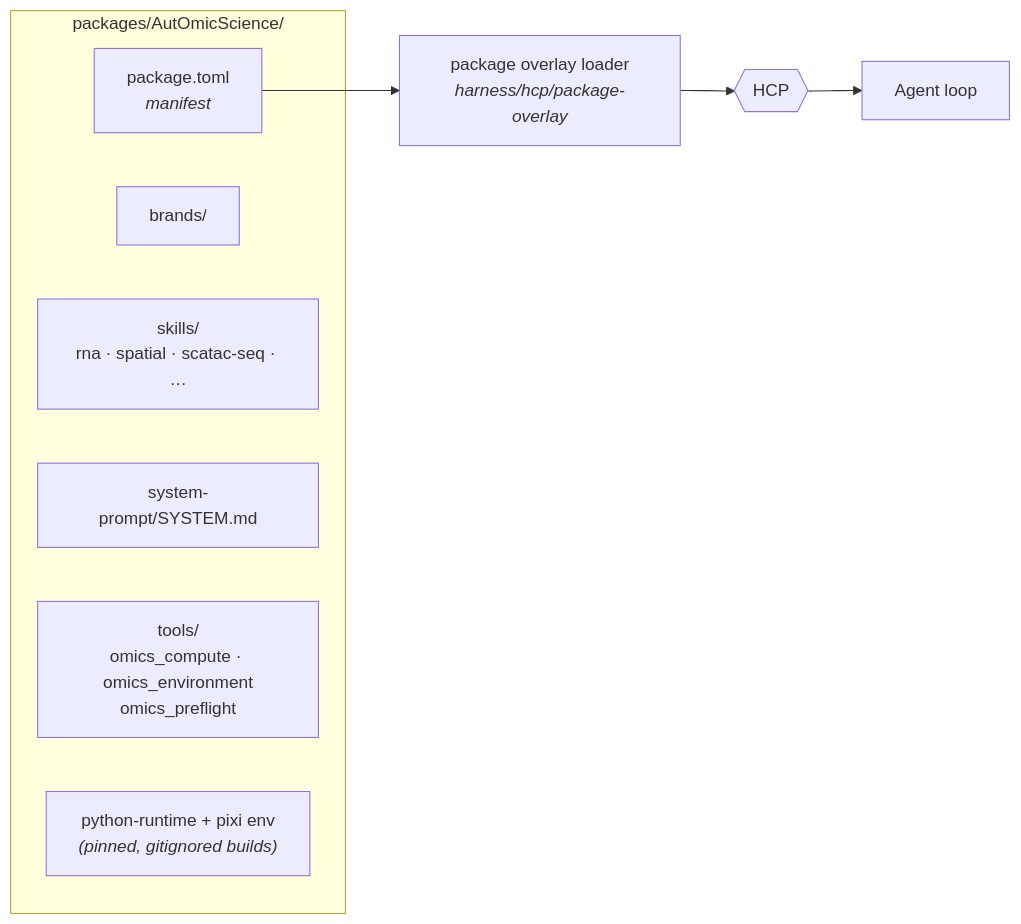
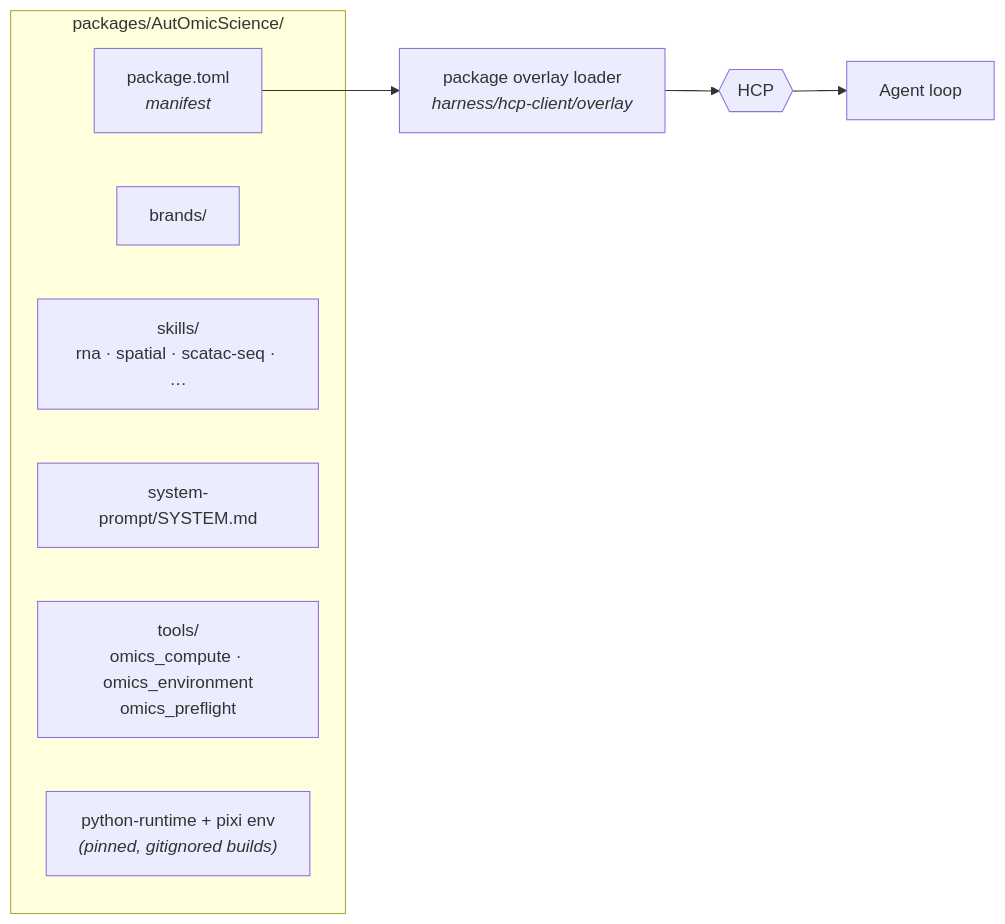
Before and after one commit to Minions-Land/Magenta: the third of 3 diagrams in README.md, drawn with Mermaid. The commit also changed other lines of this file and 34 other files, not shown here.

````diff
--- a/README.md
+++ b/README.md
@@ -196,13 +193,13 @@
 ```mermaid
 graph LR
     subgraph P["packages/AutOmicScience/"]
         MAN["package.toml<br/><i>manifest</i>"]
         BR["brands/"]
         SK["skills/<br/>rna · spatial · scatac-seq · …"]
         SP["system-prompt/SYSTEM.md"]
         TL["tools/<br/>omics_compute · omics_environment<br/>omics_preflight"]
         RT["python-runtime + pixi env<br/><i>(pinned, gitignored builds)</i>"]
     end
-    MAN --> OVL["package overlay loader<br/><i>harness/hcp/package-overlay</i>"]
+    MAN --> OVL["package overlay loader<br/><i>harness/hcp-client/overlay</i>"]
     OVL --> HCP{{HCP}} --> LOOP["Agent loop"]
 ```
````
